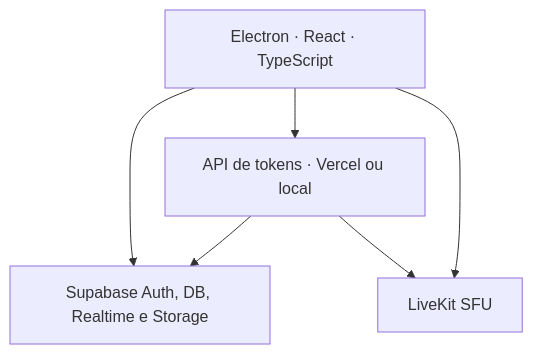
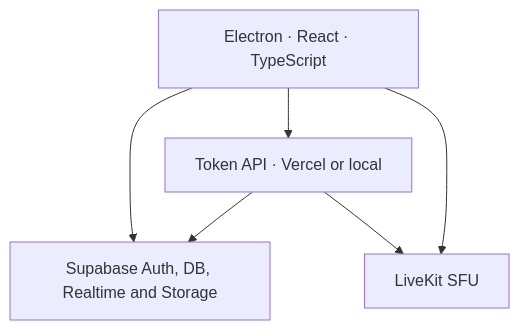
Before and after one commit to GuilhermeBrightmore/Discord-2: the diagram in README.md, drawn with Mermaid. The commit also changed other lines of this file, not shown here.

````diff
--- a/README.md
+++ b/README.md
@@ -24,8 +24,8 @@
 ```mermaid
 flowchart TD
-  A["Electron · React · TypeScript"] --> B["Supabase Auth, DB, Realtime e Storage"]
-  A --> C["API de tokens · Vercel ou local"]
+  A["Electron · React · TypeScript"] --> B["Supabase Auth, DB, Realtime and Storage"]
+  A --> C["Token API · Vercel or local"]
   C --> B
   C --> D["LiveKit SFU"]
   A --> D
 ```
````
